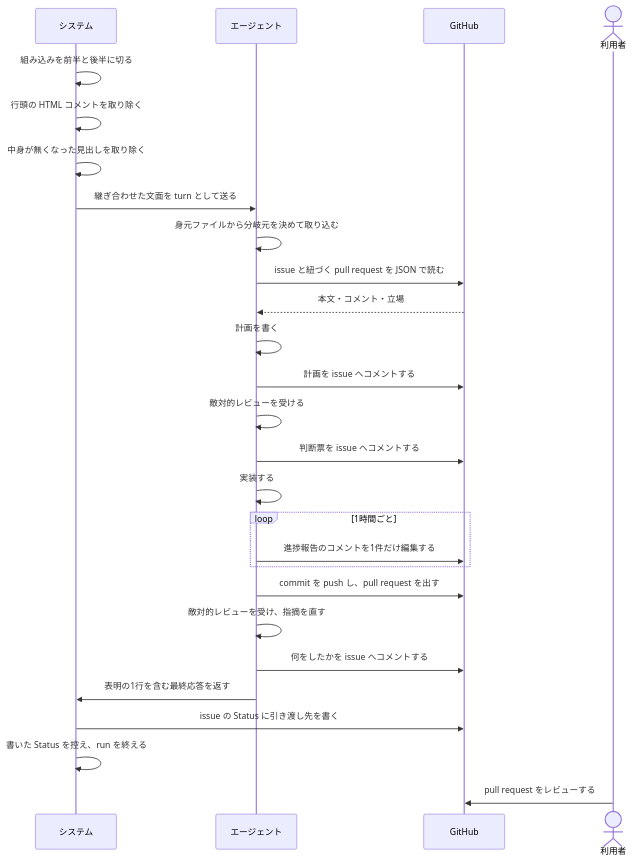
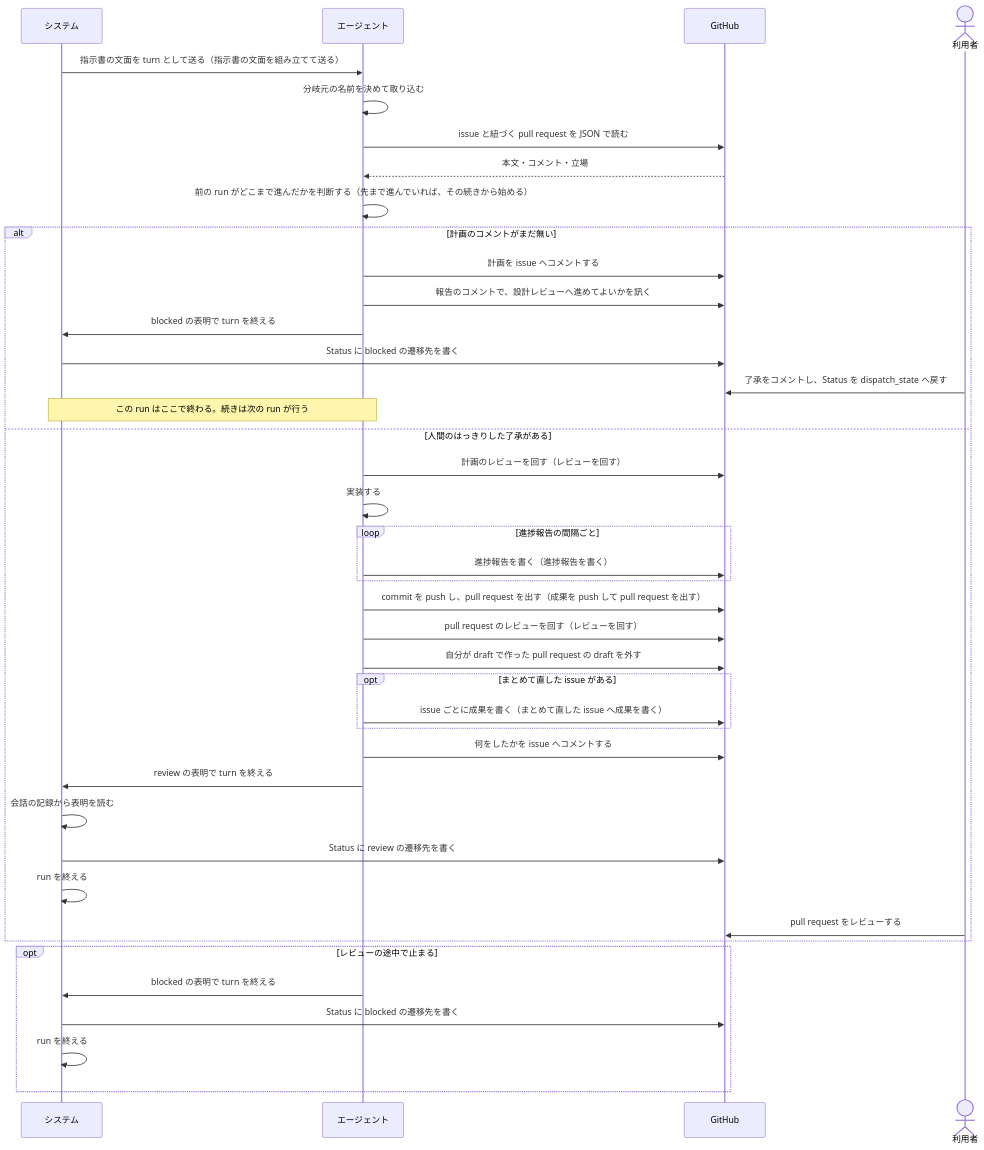
Before and after one commit to maimuzo/continuo: the first of 2 diagrams in docs/spec/usecases/particular_case/指示書に沿って issue を1件仕上げる.rucm.md, drawn with Mermaid. The commit also changed other lines of this file and 122 other files, not shown here.

````diff
--- a/docs/spec/usecases/particular_case/指示書に沿って issue を1件仕上げる.rucm.md
+++ b/docs/spec/usecases/particular_case/指示書に沿って issue を1件仕上げる.rucm.md
@@ -154,30 +280,44 @@
 ```mermaid
 sequenceDiagram
     participant S as システム
     participant CC as エージェント
     participant GH as GitHub
     actor U as 利用者
 
-    S->>S: 組み込みを前半と後半に切る
-    S->>S: 行頭の HTML コメントを取り除く
-    S->>S: 中身が無くなった見出しを取り除く
-    S->>CC: 継ぎ合わせた文面を turn として送る
-    CC->>CC: 身元ファイルから分岐元を決めて取り込む
+    S->>CC: 指示書の文面を turn として送る（指示書の文面を組み立てて送る）
+    CC->>CC: 分岐元の名前を決めて取り込む
     CC->>GH: issue と紐づく pull request を JSON で読む
     GH-->>CC: 本文・コメント・立場
-    CC->>CC: 計画を書く
-    CC->>GH: 計画を issue へコメントする
-    CC->>CC: 敵対的レビューを受ける
-    CC->>GH: 判断票を issue へコメントする
-    CC->>CC: 実装する
-    loop 1時間ごと
-        CC->>GH: 進捗報告のコメントを1件だけ編集する
+    CC->>CC: 前の run がどこまで進んだかを判断する（先まで進んでいれば、その続きから始める）
+    alt 計画のコメントがまだ無い
+        CC->>GH: 計画を issue へコメントする
+        CC->>GH: 報告のコメントで、設計レビューへ進めてよいかを訊く
+        CC->>S: blocked の表明で turn を終える
+        S->>GH: Status に blocked の遷移先を書く
+        U->>GH: 了承をコメントし、Status を dispatch_state へ戻す
+        Note over S,CC: この run はここで終わる。続きは次の run が行う
+    else 人間のはっきりした了承がある
+        CC->>GH: 計画のレビューを回す（レビューを回す）
+        CC->>CC: 実装する
+        loop 進捗報告の間隔ごと
+            CC->>GH: 進捗報告を書く（進捗報告を書く）
+        end
+        CC->>GH: commit を push し、pull request を出す（成果を push して pull request を出す）
+        CC->>GH: pull request のレビューを回す（レビューを回す）
+        CC->>GH: 自分が draft で作った pull request の draft を外す
+        opt まとめて直した issue がある
+            CC->>GH: issue ごとに成果を書く（まとめて直した issue へ成果を書く）
+        end
+        CC->>GH: 何をしたかを issue へコメントする
+        CC->>S: review の表明で turn を終える
+        S->>S: 会話の記録から表明を読む
+        S->>GH: Status に review の遷移先を書く
+        S->>S: run を終える
+        U->>GH: pull request をレビューする
     end
-    CC->>GH: commit を push し、pull request を出す
-    CC->>CC: 敵対的レビューを受け、指摘を直す
-    CC->>GH: 何をしたかを issue へコメントする
-    CC->>S: 表明の1行を含む最終応答を返す
-    S->>GH: issue の Status に引き渡し先を書く
-    S->>S: 書いた Status を控え、run を終える
-    U->>GH: pull request をレビューする
+    opt レビューの途中で止まる
+        CC->>S: blocked の表明で turn を終える
+        S->>GH: Status に blocked の遷移先を書く
+        S->>S: run を終える
+    end
 ```
````
